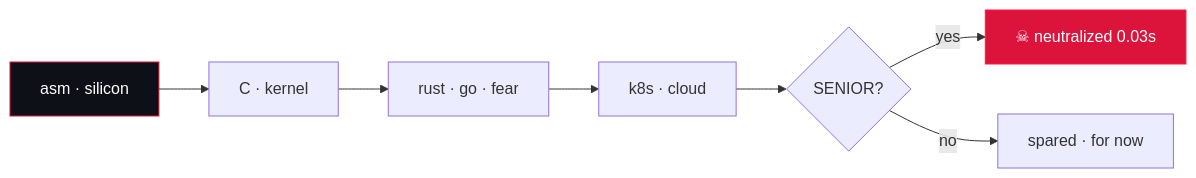
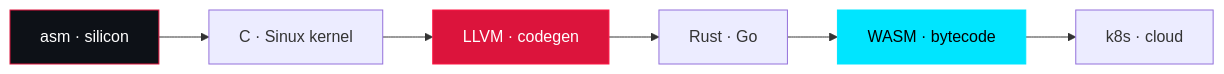
The diagram in README.md (hesam-oxe/hesam-oxe), drawn with Mermaid before and after one commit. The commit also changed other lines of this file and 30 other files, not shown here.

````diff
--- a/README.md
+++ b/README.md
@@ -224,11 +237,11 @@
 ```mermaid
 graph LR
-    A[asm · silicon] --> B[C · kernel]
-    B --> C[rust · go · fear]
-    C --> D[k8s · cloud]
-    D --> E{SENIOR?}
-    E -->|yes| F[☠ neutralized 0.03s]
-    E -->|no| G[spared · for now]
-    style F fill:#DC143C,stroke:#FF1744,color:#fff
+    A[asm · silicon] --> B[C · Sinux kernel]
+    B --> C[LLVM · codegen]
+    C --> D[Rust · Go]
+    D --> E[WASM · bytecode]
+    E --> F[k8s · cloud]
     style A fill:#0D1117,stroke:#DC143C,color:#fff
+    style C fill:#DC143C,stroke:#FF1744,color:#fff
+    style E fill:#00E5FF,stroke:#00E5FF,color:#000
 ```
````
